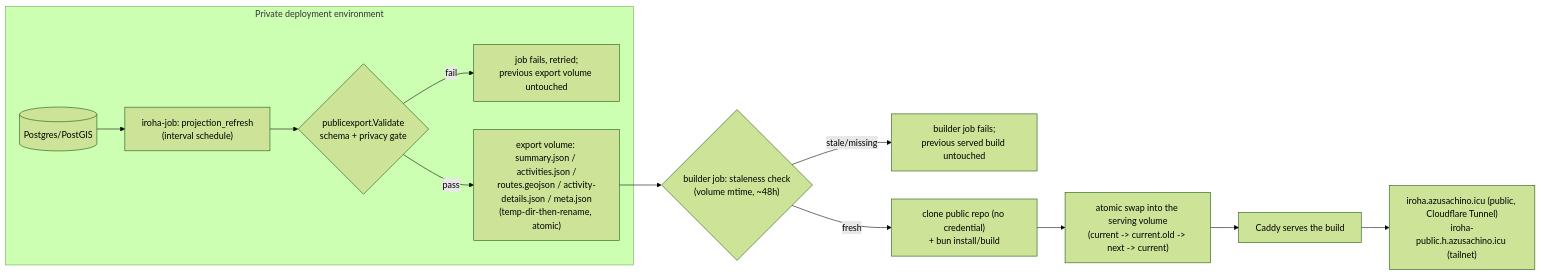
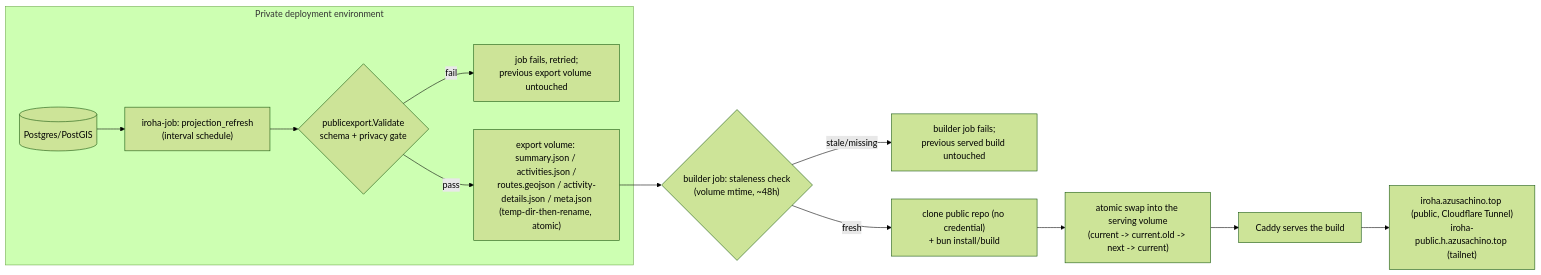
The diagram in docs/public-site-publishing.md (azusachino/iroha), drawn with Mermaid (forest theme) before and after one commit. The commit also changed other lines of this file and 5 other files, not shown here.

First line of the commit message:
chore: migrate DNS-facing hostnames from azusachino.icu to azusachino.top

````diff
--- a/docs/public-site-publishing.md
+++ b/docs/public-site-publishing.md
@@ -12,15 +12,15 @@
 ```mermaid
 flowchart LR
     subgraph priv["Private deployment environment"]
         DB[(Postgres/PostGIS)] --> JOB["iroha-job: projection_refresh<br/>(interval schedule)"]
         JOB --> GATE{"publicexport.Validate<br/>schema + privacy gate"}
         GATE -- fail --> ABORT["job fails, retried;<br/>previous export volume untouched"]
         GATE -- pass --> VOL["export volume: summary.json / activities.json /<br/>routes.geojson / activity-details.json / meta.json<br/>(temp-dir-then-rename, atomic)"]
     end
     VOL --> STALE{"builder job: staleness check<br/>(volume mtime, ~48h)"}
     STALE -- stale/missing --> FAIL["builder job fails;<br/>previous served build untouched"]
     STALE -- fresh --> CLONE["clone public repo (no credential)<br/>+ bun install/build"]
     CLONE --> SWAP["atomic swap into the serving volume<br/>(current -> current.old -> next -> current)"]
     SWAP --> CADDY["Caddy serves the build"]
-    CADDY --> LIVE["iroha.azusachino.icu (public, Cloudflare Tunnel)<br/>iroha-public.h.azusachino.icu (tailnet)"]
+    CADDY --> LIVE["iroha.azusachino.top (public, Cloudflare Tunnel)<br/>iroha-public.h.azusachino.top (tailnet)"]
 ```
````
